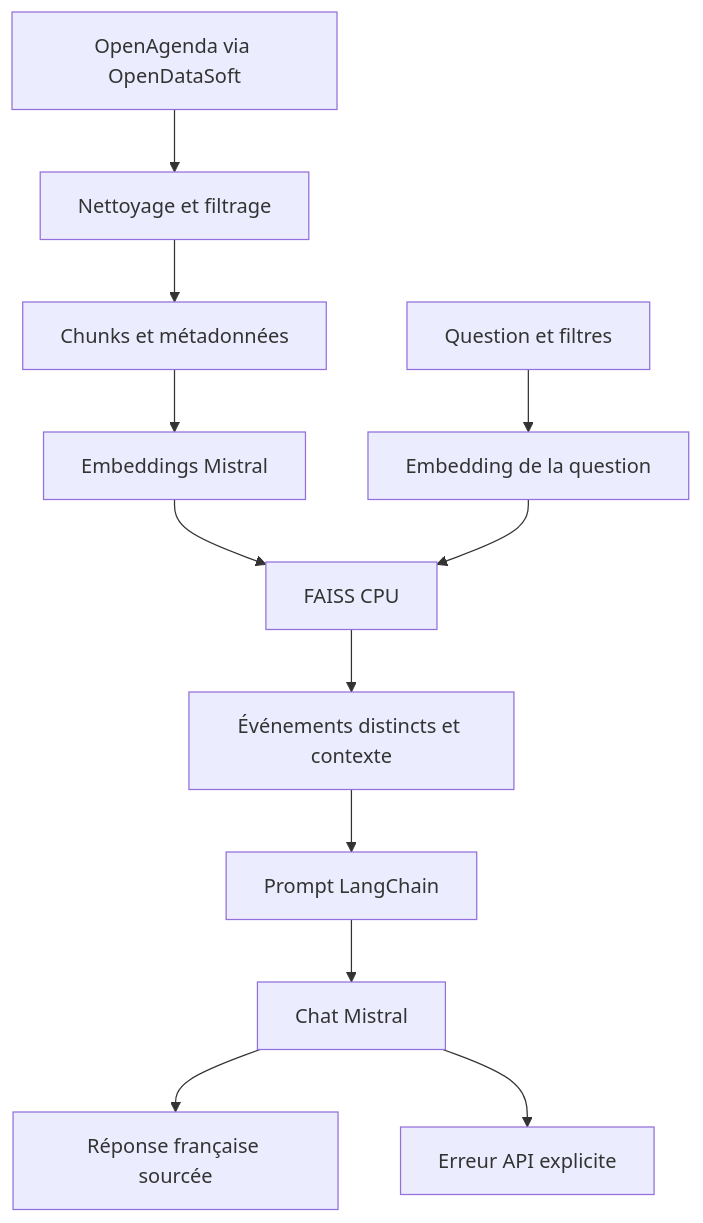
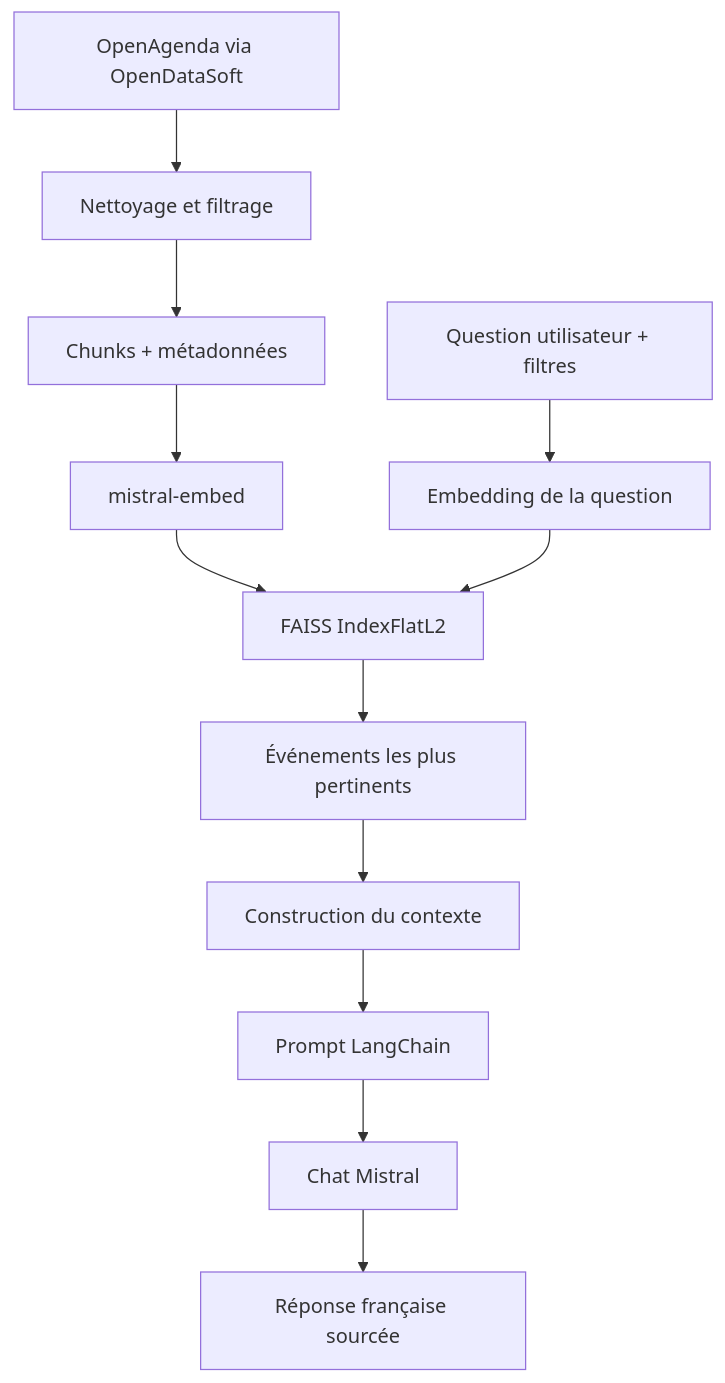
One commit to Hassna-elbousiydy/Puls_Events_RAG changed the diagram in README.md. Above: the diagram before and after it, drawn with Mermaid. The commit also changed other lines of this file and 2 other files, not shown here.

````diff
--- a/README.md
+++ b/README.md
@@ -14,14 +20,15 @@
 ```mermaid
 flowchart TD
   A[OpenAgenda via OpenDataSoft] --> B[Nettoyage et filtrage]
-  B --> C[Chunks et métadonnées]
-  C --> D[Embeddings Mistral]
-  D --> E[FAISS CPU]
-  Q[Question et filtres] --> R[Embedding de la question]
+  B --> C[Chunks + métadonnées]
+  C --> D[mistral-embed]
+  D --> E[FAISS IndexFlatL2]
+
+  Q[Question utilisateur + filtres] --> R[Embedding de la question]
   R --> E
-  E --> S[Événements distincts et contexte]
-  S --> P[Prompt LangChain]
+  E --> S[Événements les plus pertinents]
+  S --> CXT[Construction du contexte]
+  CXT --> P[Prompt LangChain]
   P --> M[Chat Mistral]
   M --> F[Réponse française sourcée]
-  M --> X[Erreur API explicite]
 ```
````
